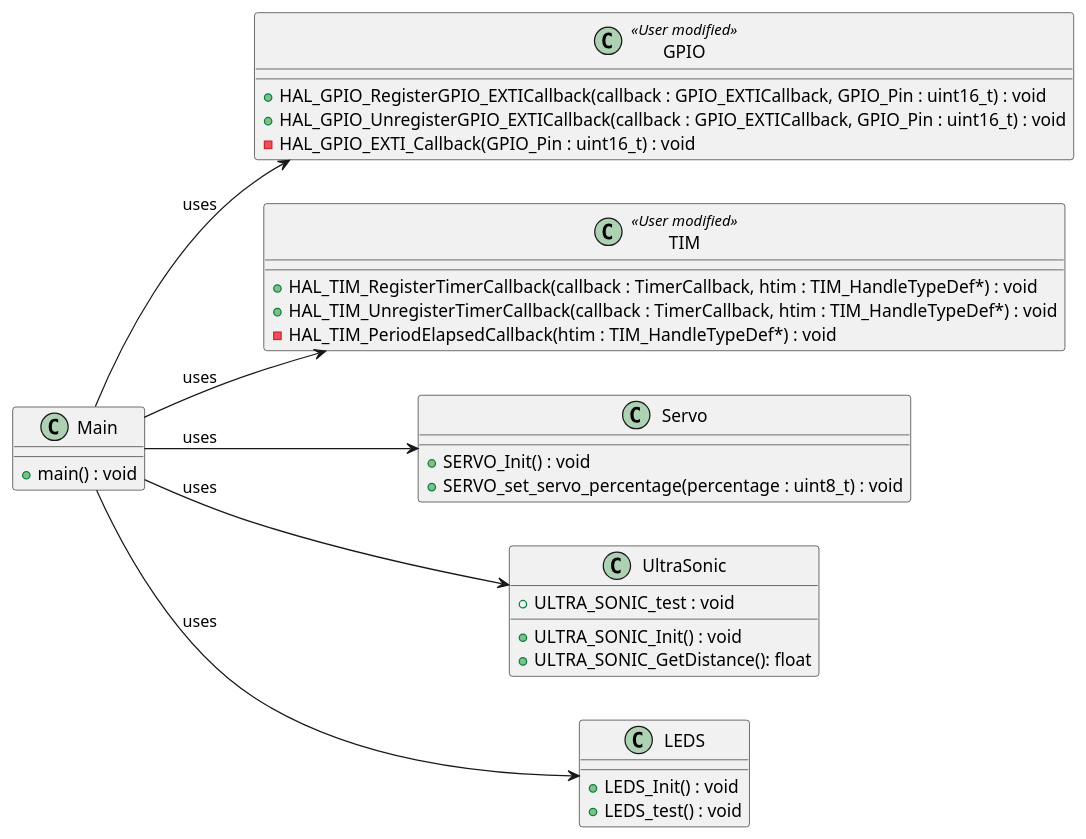
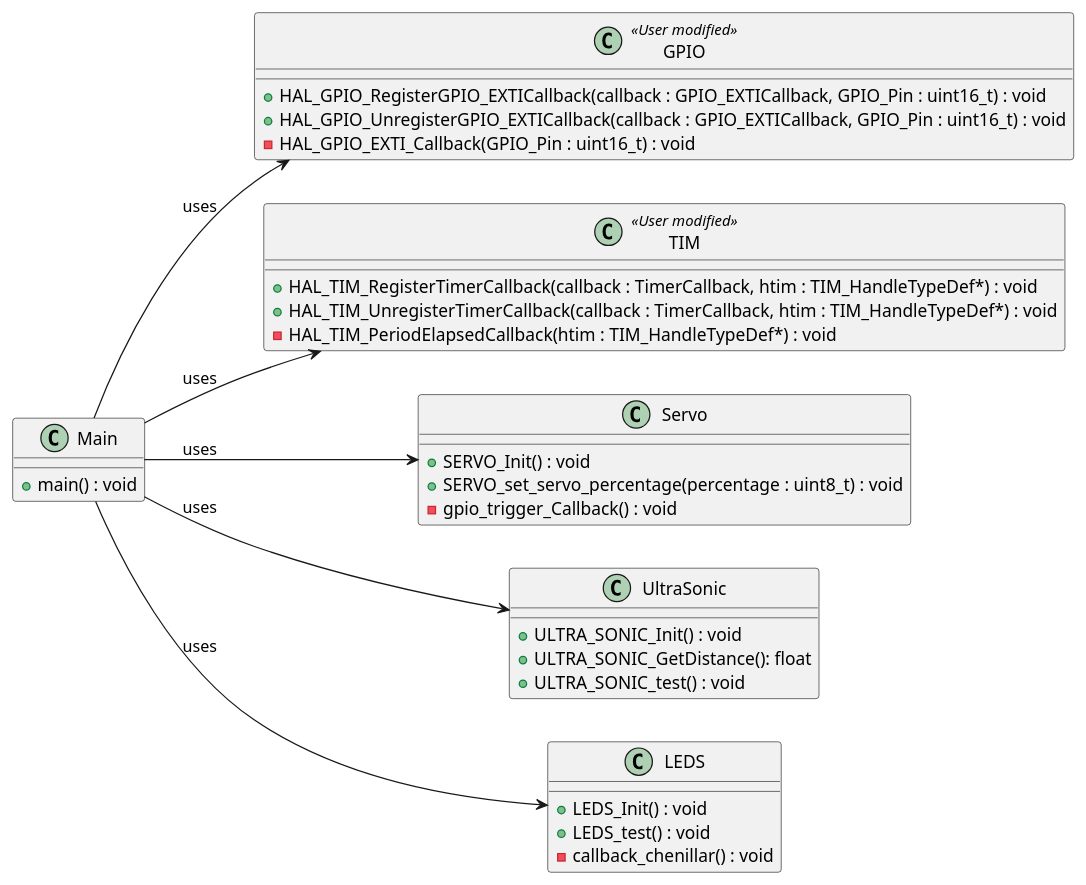
The diagram in doc/src/diagram/class_diagram.puml (LouvAndTech/sensor-to-actuator-class), drawn with PlantUML before and after one commit.

Commit message:
refactor: update class diagram to correct method signatures and visibility

```diff
--- a/doc/src/diagram/class_diagram.puml
+++ b/doc/src/diagram/class_diagram.puml
@@ -1,45 +1,47 @@
 @startuml class_diagram
 
 left to right direction
 
 
 class Main {
     + main() : void
 }
 
 class GPIO <<User modified>>{
     + HAL_GPIO_RegisterGPIO_EXTICallback(callback : GPIO_EXTICallback, GPIO_Pin : uint16_t) : void
     + HAL_GPIO_UnregisterGPIO_EXTICallback(callback : GPIO_EXTICallback, GPIO_Pin : uint16_t) : void
     - HAL_GPIO_EXTI_Callback(GPIO_Pin : uint16_t) : void
 }
 
 class TIM <<User modified>>{
     + HAL_TIM_RegisterTimerCallback(callback : TimerCallback, htim : TIM_HandleTypeDef*) : void
     + HAL_TIM_UnregisterTimerCallback(callback : TimerCallback, htim : TIM_HandleTypeDef*) : void
     - HAL_TIM_PeriodElapsedCallback(htim : TIM_HandleTypeDef*) : void
 }
 
 class Servo {
     + SERVO_Init() : void
     + SERVO_set_servo_percentage(percentage : uint8_t) : void
+    - gpio_trigger_Callback() : void
 }
 
 class UltraSonic {
     + ULTRA_SONIC_Init() : void
     + ULTRA_SONIC_GetDistance(): float
-    + ULTRA_SONIC_test : void
+    + ULTRA_SONIC_test() : void
 }
 
 class LEDS {
     + LEDS_Init() : void
     + LEDS_test() : void
+    - callback_chenillar() : void
 }
 
 Main --> GPIO : uses
 Main --> TIM : uses
 Main --> Servo : uses
 Main --> UltraSonic : uses
 Main --> LEDS : uses
 
 
 @enduml
```
